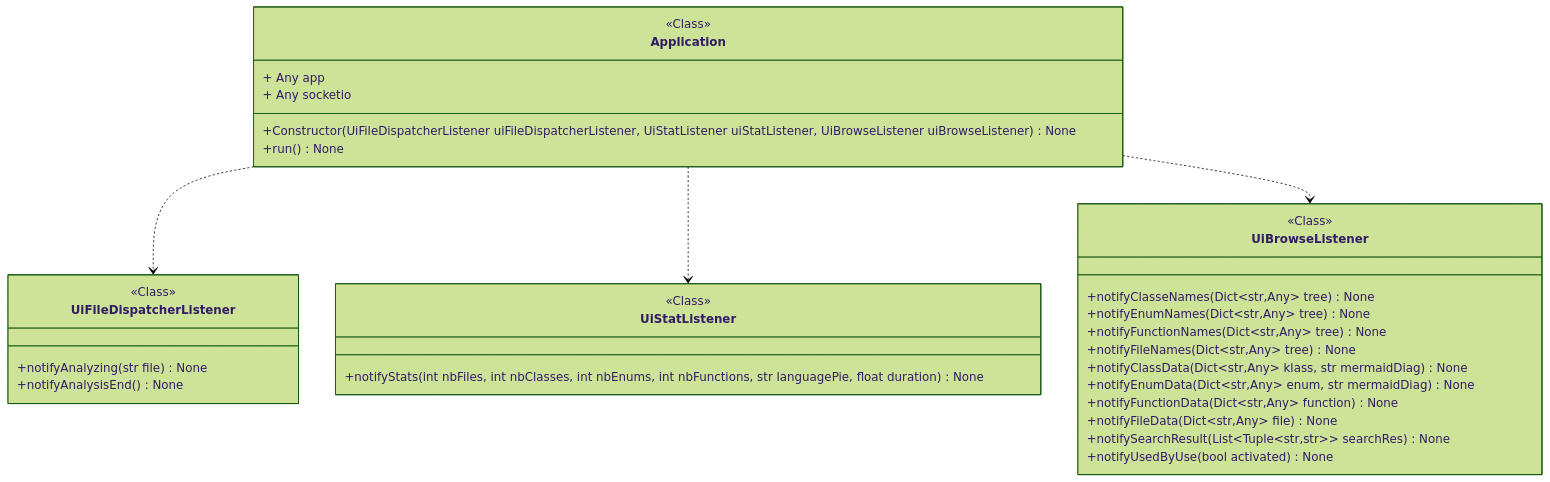
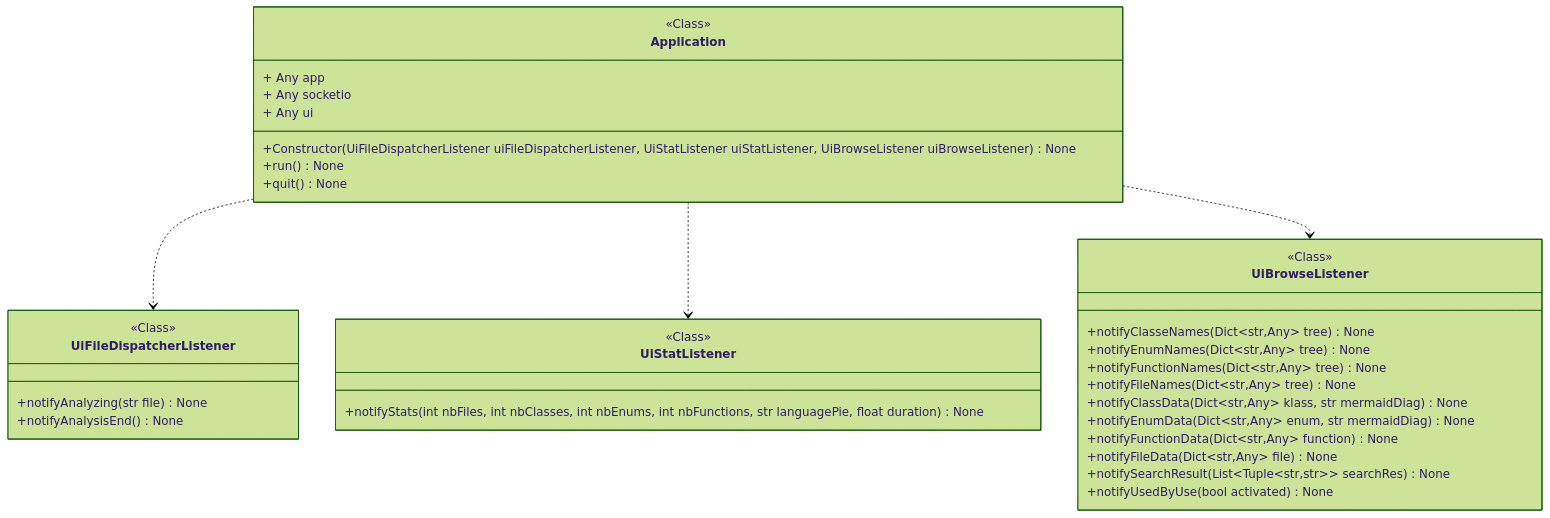
One commit to miong/pycodeanalyzer changed the diagram in docs/source/code/diagrams/pycodeanalyzer_ui_app_Application.mmd. Above: the diagram before and after it, drawn with Mermaid (forest theme). The commit also changed 6 other files, not shown here.

```diff
--- a/docs/source/code/diagrams/pycodeanalyzer_ui_app_Application.mmd
+++ b/docs/source/code/diagrams/pycodeanalyzer_ui_app_Application.mmd
@@ -1,36 +1,38 @@
 classDiagram
 class Application {
 <<Class>>
 + Any app
 + Any socketio
++ Any ui
 +Constructor(UiFileDispatcherListener uiFileDispatcherListener, UiStatListener uiStatListener, UiBrowseListener uiBrowseListener) None
 +run() None
++quit() None
 }
 class UiFileDispatcherListener {
 <<Class>>
 +notifyAnalyzing(str file) None
 +notifyAnalysisEnd() None
 }
 link UiFileDispatcherListener "class££pycodeanalyzer::ui::app::UiFileDispatcherListener"
 class UiStatListener {
 <<Class>>
 +notifyStats(int nbFiles, int nbClasses, int nbEnums, int nbFunctions, str languagePie, float duration) None
 }
 link UiStatListener "class££pycodeanalyzer::ui::app::UiStatListener"
 class UiBrowseListener {
 <<Class>>
 +notifyClasseNames(Dict~str,Any~ tree) None
 +notifyEnumNames(Dict~str,Any~ tree) None
 +notifyFunctionNames(Dict~str,Any~ tree) None
 +notifyFileNames(Dict~str,Any~ tree) None
 +notifyClassData(Dict~str,Any~ klass, str mermaidDiag) None
 +notifyEnumData(Dict~str,Any~ enum, str mermaidDiag) None
 +notifyFunctionData(Dict~str,Any~ function) None
 +notifyFileData(Dict~str,Any~ file) None
 +notifySearchResult(List&lt;Tuple&lt;str,str&gt;&gt; searchRes) None
 +notifyUsedByUse(bool activated) None
 }
 link UiBrowseListener "class££pycodeanalyzer::ui::app::UiBrowseListener"
 Application ..> UiFileDispatcherListener
 Application ..> UiStatListener
 Application ..> UiBrowseListener
```
